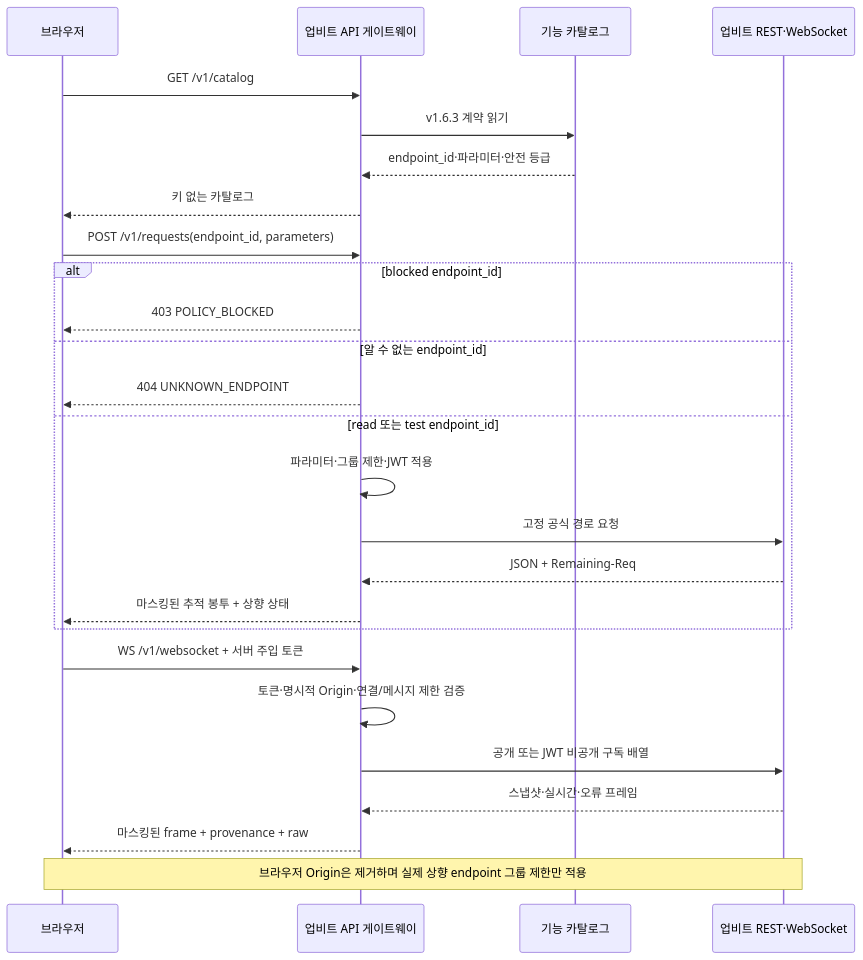
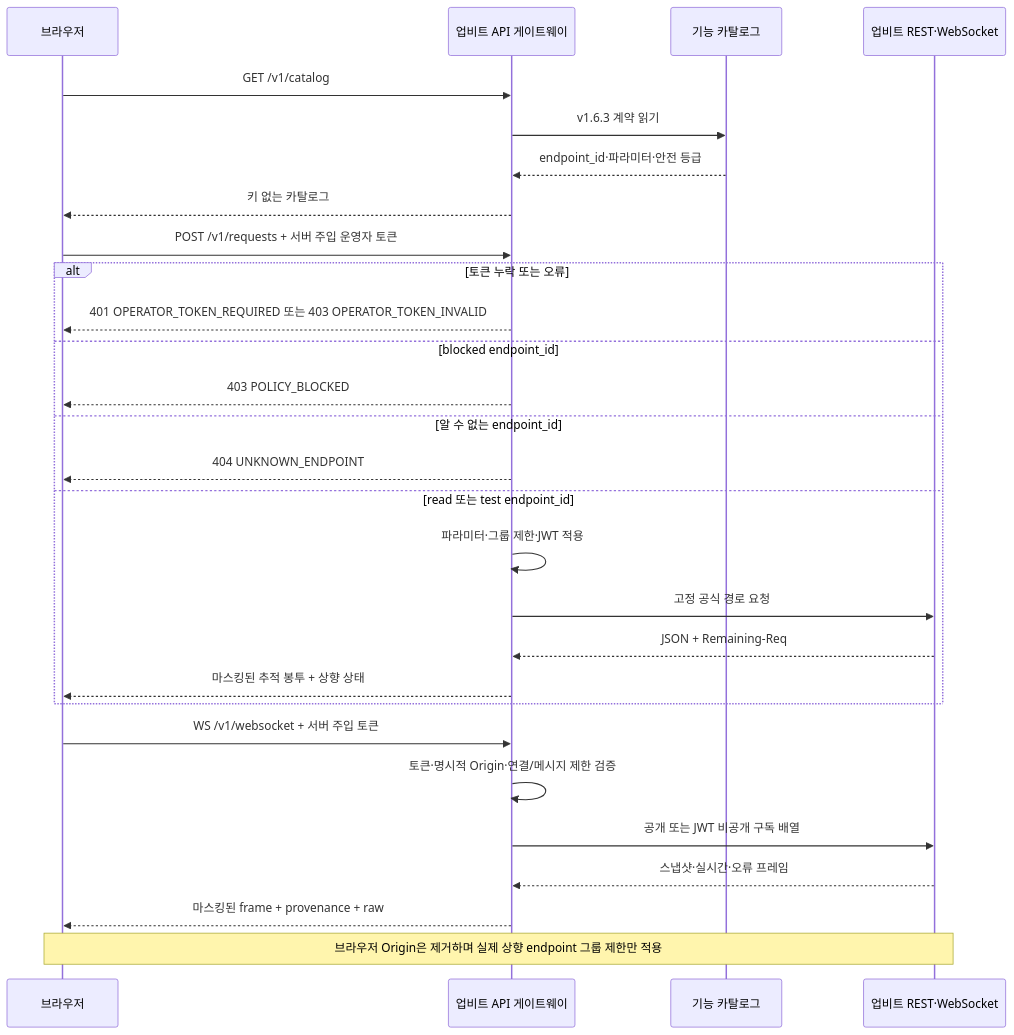
One commit to goodjoon-company/goodmoneying changed the diagram in docs/02_Architecture/upbit-api-gateway.md. Above: the diagram before and after it, drawn with Mermaid. The commit also changed other lines of this file and 16 other files, not shown here.

````diff
--- a/docs/02_Architecture/upbit-api-gateway.md
+++ b/docs/02_Architecture/upbit-api-gateway.md
@@ -27,29 +27,31 @@
 ```mermaid
 sequenceDiagram
     participant B as 브라우저
     participant G as 업비트 API 게이트웨이
     participant C as 기능 카탈로그
     participant U as 업비트 REST·WebSocket
 
     B->>G: GET /v1/catalog
     G->>C: v1.6.3 계약 읽기
     C-->>G: endpoint_id·파라미터·안전 등급
     G-->>B: 키 없는 카탈로그
-    B->>G: POST /v1/requests(endpoint_id, parameters)
-    alt blocked endpoint_id
+    B->>G: POST /v1/requests + 서버 주입 운영자 토큰
+    alt 토큰 누락 또는 오류
+        G-->>B: 401 OPERATOR_TOKEN_REQUIRED 또는 403 OPERATOR_TOKEN_INVALID
+    else blocked endpoint_id
         G-->>B: 403 POLICY_BLOCKED
     else 알 수 없는 endpoint_id
         G-->>B: 404 UNKNOWN_ENDPOINT
     else read 또는 test endpoint_id
         G->>G: 파라미터·그룹 제한·JWT 적용
         G->>U: 고정 공식 경로 요청
         U-->>G: JSON + Remaining-Req
         G-->>B: 마스킹된 추적 봉투 + 상향 상태
     end
     B->>G: WS /v1/websocket + 서버 주입 토큰
     G->>G: 토큰·명시적 Origin·연결/메시지 제한 검증
     G->>U: 공개 또는 JWT 비공개 구독 배열
     U-->>G: 스냅샷·실시간·오류 프레임
     G-->>B: 마스킹된 frame + provenance + raw
     Note over B,U: 브라우저 Origin은 제거하며 실제 상향 endpoint 그룹 제한만 적용
 ```
````
